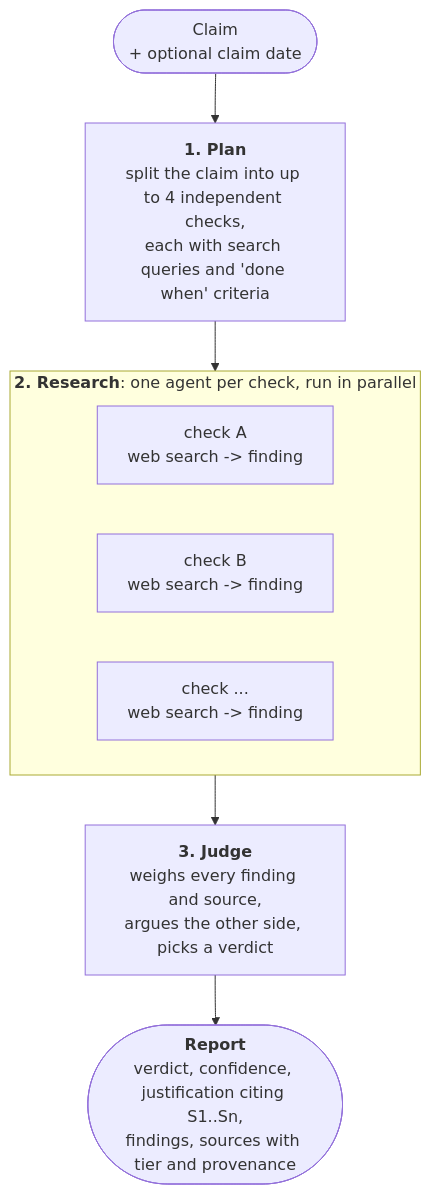
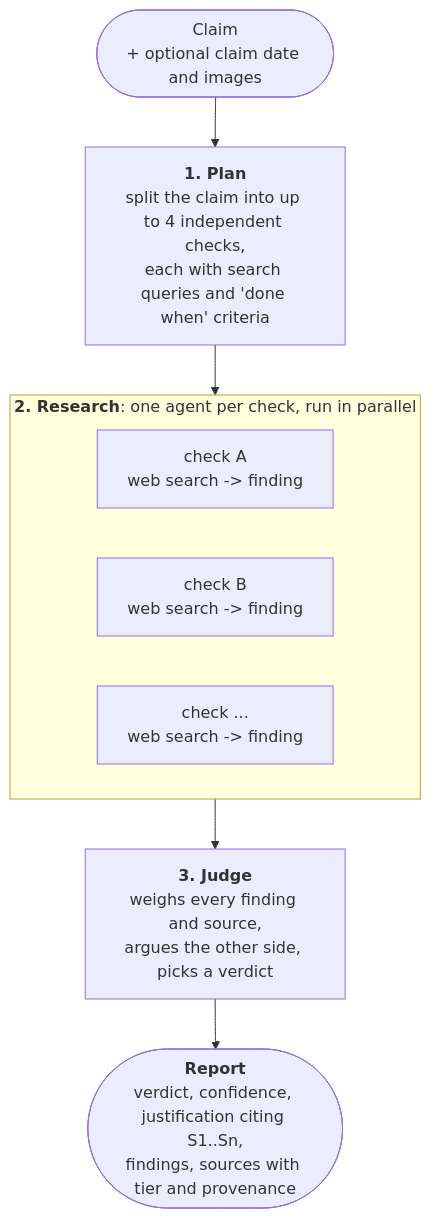
The first of 2 diagrams in README.md (aic-factcheck/facticli), drawn with Mermaid before and after one commit. The commit also changed other lines of this file and 13 other files, not shown here.

````diff
--- a/README.md
+++ b/README.md
@@ -351,15 +369,15 @@
 ```mermaid
 flowchart TD
-  claim(["Claim<br/>+ optional claim date"])
+  claim(["Claim<br/>+ optional claim date and images"])
   plan["<b>1. Plan</b><br/>split the claim into up to 4 independent checks,<br/>each with search queries and 'done when' criteria"]
   subgraph research["<b>2. Research</b>: one agent per check, run in parallel"]
     direction LR
     r1["check A<br/>web search -> finding"]
     r2["check B<br/>web search -> finding"]
     r3["check ...<br/>web search -> finding"]
   end
   judge["<b>3. Judge</b><br/>weighs every finding and source,<br/>argues the other side, picks a verdict"]
   report(["<b>Report</b><br/>verdict, confidence, justification citing S1..Sn,<br/>findings, sources with tier and provenance"])
 
   claim --> plan --> research --> judge --> report
 ```
````
